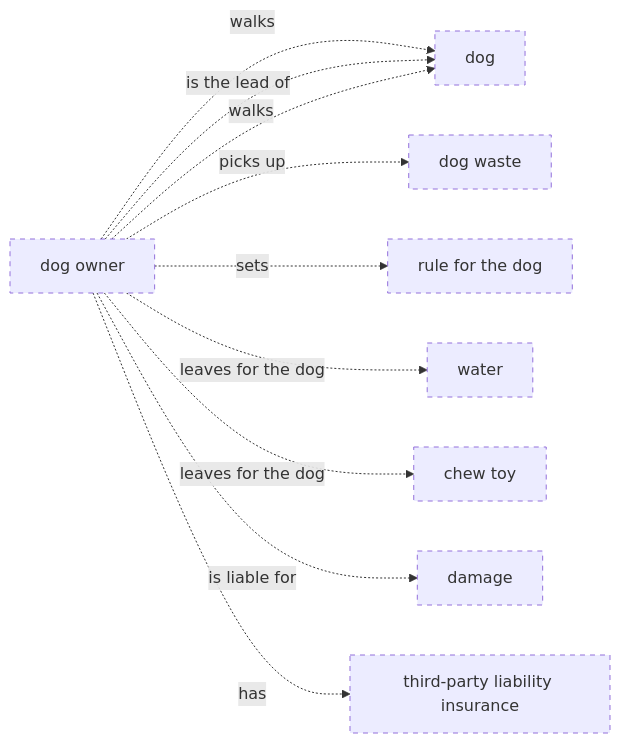
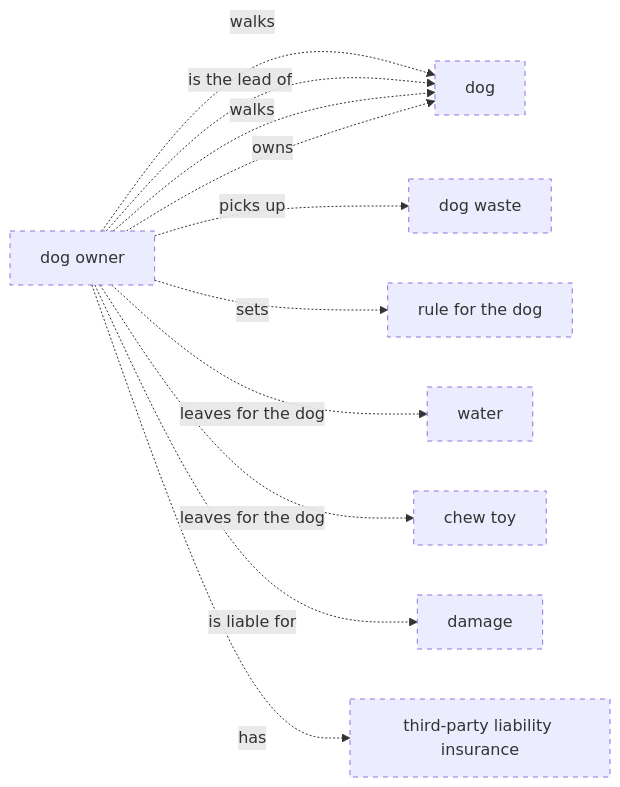
One commit to belaboros/DomainAiAssistant changed diagram 25 of 54 in data/ontology-pets-and-house-rules/03_release/00_raw/level-2.md. Above: the diagram before and after it, drawn with Mermaid. The commit also changed other lines of this file and 338 other files, not shown here.

````diff
--- a/data/ontology-pets-and-house-rules/03_release/00_raw/level-2.md
+++ b/data/ontology-pets-and-house-rules/03_release/00_raw/level-2.md
@@ -402,22 +438,23 @@
 ```mermaid
 flowchart LR
     classDef draft stroke-dasharray: 5 5
     cn_01M82GSR24145KC6KF8V0HWF9K["chew toy"]
     cn_01M82GV0DCSP2BSTQA19ENCPJ1["damage"]
     cn_01M82GJP3CRKNX3DNJZDNANDWM["dog"]
     cn_01M82GR8C6YNAW05QP8GX3MF7P["dog owner"]
     cn_01M82GQHZCWYDZ4FY134N19HRE["dog waste"]
     cn_01M82GR8C6YNAW05QP8GX3MF7T["rule for the dog"]
     cn_01M82GV0DCSP2BSTQA19ENCPJ2["third-party liability insurance"]
     cn_01M82GSR24145KC6KF8V0HWF9J["water"]
     cn_01M82GR8C6YNAW05QP8GX3MF7P -. "walks" .-> cn_01M82GJP3CRKNX3DNJZDNANDWM
     cn_01M82GR8C6YNAW05QP8GX3MF7P -. "is the lead of" .-> cn_01M82GJP3CRKNX3DNJZDNANDWM
     cn_01M82GR8C6YNAW05QP8GX3MF7P -. "walks" .-> cn_01M82GJP3CRKNX3DNJZDNANDWM
+    cn_01M82GR8C6YNAW05QP8GX3MF7P -. "owns" .-> cn_01M82GJP3CRKNX3DNJZDNANDWM
     cn_01M82GR8C6YNAW05QP8GX3MF7P -. "picks up" .-> cn_01M82GQHZCWYDZ4FY134N19HRE
     cn_01M82GR8C6YNAW05QP8GX3MF7P -. "sets" .-> cn_01M82GR8C6YNAW05QP8GX3MF7T
     cn_01M82GR8C6YNAW05QP8GX3MF7P -. "leaves for the dog" .-> cn_01M82GSR24145KC6KF8V0HWF9J
     cn_01M82GR8C6YNAW05QP8GX3MF7P -. "leaves for the dog" .-> cn_01M82GSR24145KC6KF8V0HWF9K
     cn_01M82GR8C6YNAW05QP8GX3MF7P -. "is liable for" .-> cn_01M82GV0DCSP2BSTQA19ENCPJ1
     cn_01M82GR8C6YNAW05QP8GX3MF7P -. "has" .-> cn_01M82GV0DCSP2BSTQA19ENCPJ2
     class cn_01M82GSR24145KC6KF8V0HWF9K,cn_01M82GV0DCSP2BSTQA19ENCPJ1,cn_01M82GJP3CRKNX3DNJZDNANDWM,cn_01M82GR8C6YNAW05QP8GX3MF7P,cn_01M82GQHZCWYDZ4FY134N19HRE,cn_01M82GR8C6YNAW05QP8GX3MF7T,cn_01M82GV0DCSP2BSTQA19ENCPJ2,cn_01M82GSR24145KC6KF8V0HWF9J draft
 ```
````
